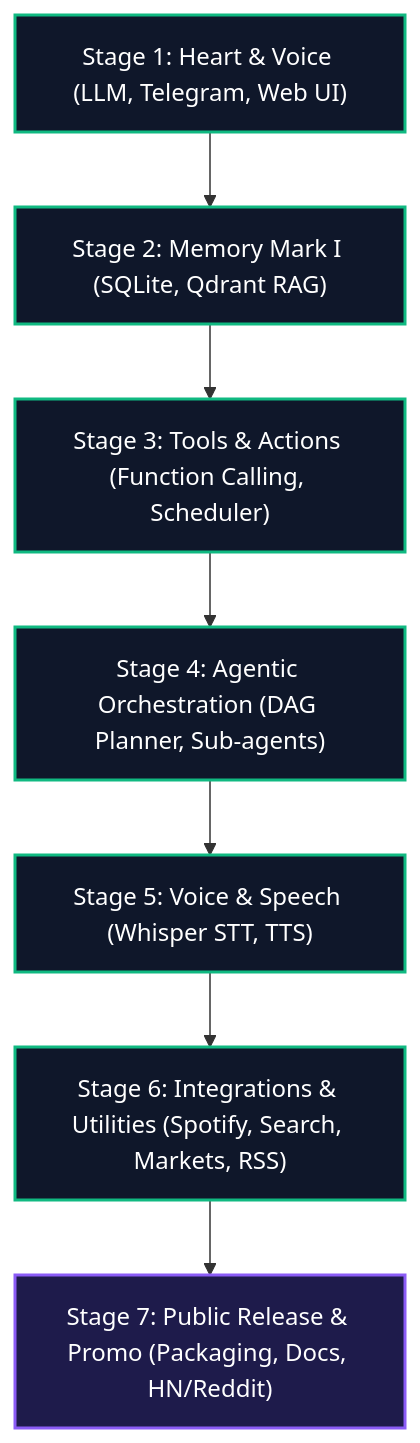
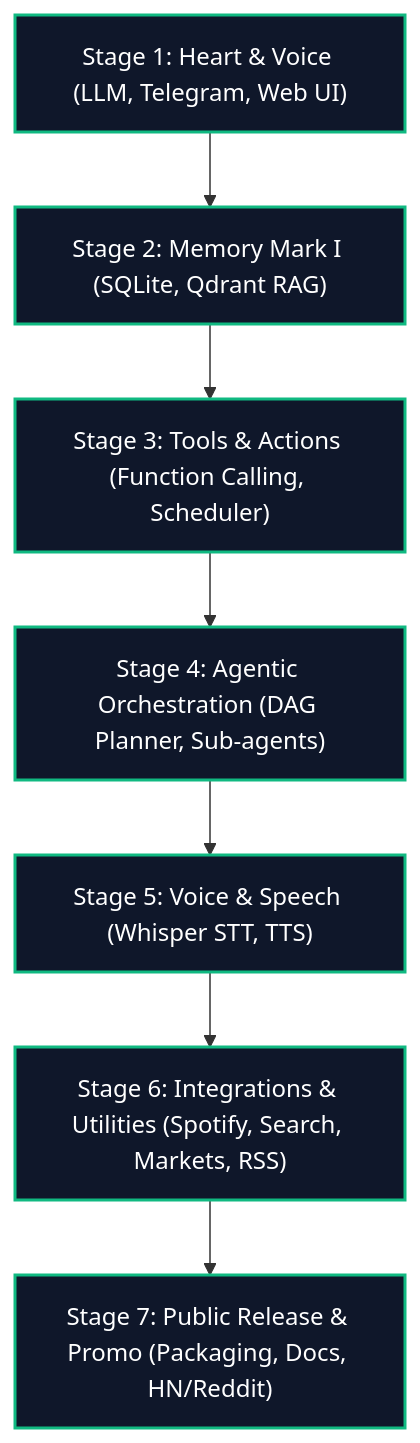
Before and after one commit to pauloberezini/hermes-synapse: the first of 2 diagrams in ROADMAP.md, drawn with Mermaid. The commit also changed other lines of this file and 4 other files, not shown here.

Commit message:
feat: implement MCP server client to enable dynamic tool integration and update roadmap milestone

````diff
--- a/ROADMAP.md
+++ b/ROADMAP.md
@@ -11,17 +11,17 @@
 ```mermaid
 graph TD
     Stage1["Stage 1: Heart & Voice (LLM, Telegram, Web UI)"] --> Stage2["Stage 2: Memory Mark I (SQLite, Qdrant RAG)"]
     Stage2 --> Stage3["Stage 3: Tools & Actions (Function Calling, Scheduler)"]
     Stage3 --> Stage4["Stage 4: Agentic Orchestration (DAG Planner, Sub-agents)"]
     Stage4 --> Stage5["Stage 5: Voice & Speech (Whisper STT, TTS)"]
     Stage5 --> Stage6["Stage 6: Integrations & Utilities (Spotify, Search, Markets, RSS)"]
     Stage6 --> Stage7["Stage 7: Public Release & Promo (Packaging, Docs, HN/Reddit)"]
     
     style Stage1 fill:#0f172a,stroke:#10b981,stroke-width:2px,color:#fff
     style Stage2 fill:#0f172a,stroke:#10b981,stroke-width:2px,color:#fff
     style Stage3 fill:#0f172a,stroke:#10b981,stroke-width:2px,color:#fff
     style Stage4 fill:#0f172a,stroke:#10b981,stroke-width:2px,color:#fff
     style Stage5 fill:#0f172a,stroke:#10b981,stroke-width:2px,color:#fff
     style Stage6 fill:#0f172a,stroke:#10b981,stroke-width:2px,color:#fff
-    style Stage7 fill:#1e1b4b,stroke:#8b5cf6,stroke-width:2px,color:#fff
+    style Stage7 fill:#0f172a,stroke:#10b981,stroke-width:2px,color:#fff
 ```
````
